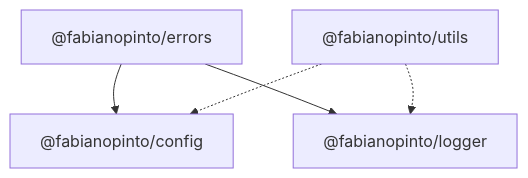
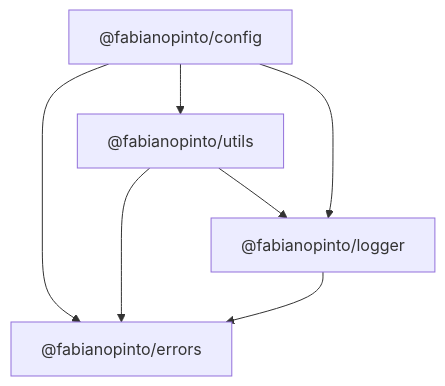
One commit to fabianopinto/ts-common changed the diagram in README.md. Above: the diagram before and after it, drawn with Mermaid.

Commit message:
docs: update package dependency graph to show correct dependency flow

````diff
--- a/README.md
+++ b/README.md
@@ -18,12 +18,15 @@
 ```mermaid
 graph TD
   errors["@fabianopinto/errors"]
   config["@fabianopinto/config"]
   logger["@fabianopinto/logger"]
   utils["@fabianopinto/utils"]
 
-  errors --> config
-  errors --> logger
-  utils -.-> config
-  utils -.-> logger
+  %% Internal package dependencies (direction: dependent --> dependency)
+  logger --> errors
+  utils --> errors
+  utils --> logger
+  config --> errors
+  config --> utils
+  config --> logger
 ```
````
